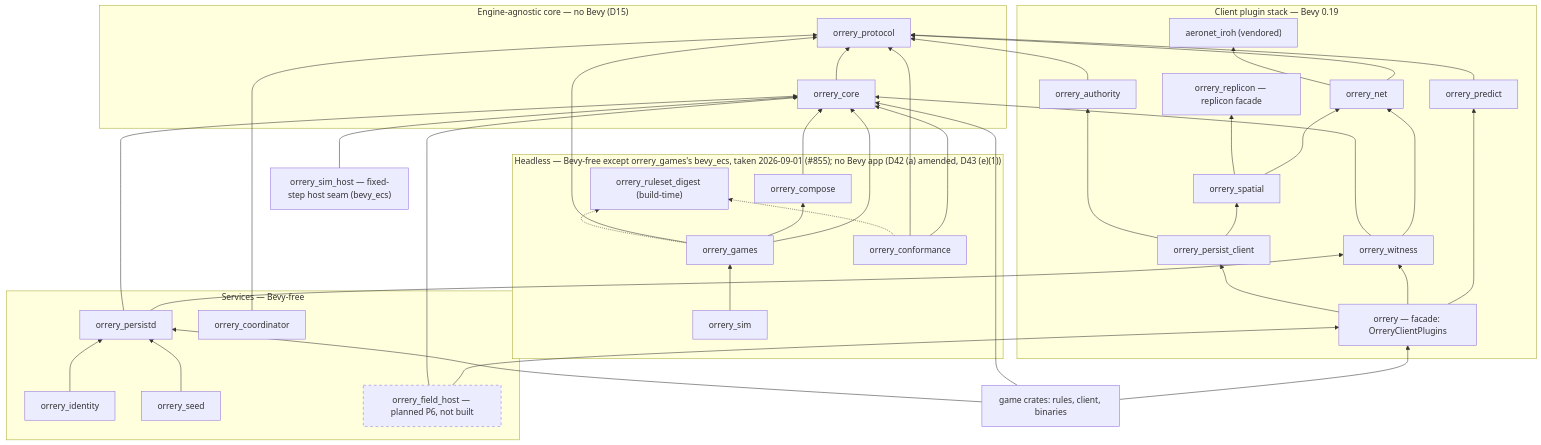
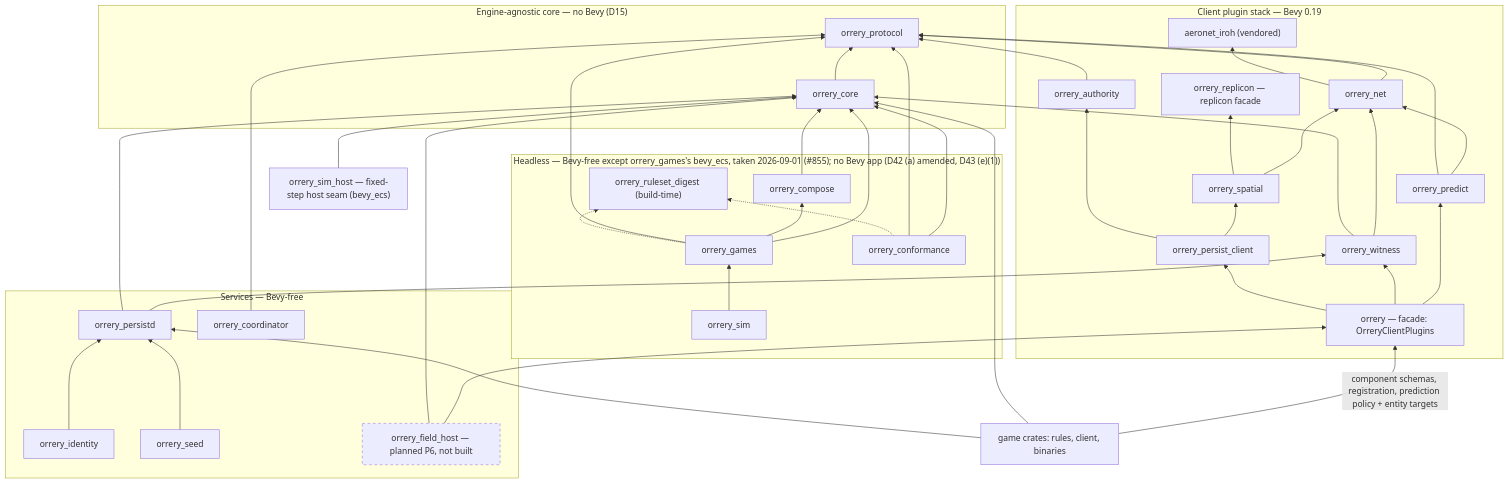
One commit to baadc0de/orrery changed the diagram in docs/10-crates.md. Above: the diagram before and after it, drawn with Mermaid. The commit also changed other lines of this file and 11 other files, not shown here.

````diff
--- a/docs/10-crates.md
+++ b/docs/10-crates.md
@@ -54,71 +54,72 @@
 ```mermaid
 graph BT
     subgraph agnostic["Engine-agnostic core — no Bevy (D15)"]
         protocol["orrery_protocol"]
         core["orrery_core"]
     end
     subgraph headless["Headless — Bevy-free except orrery_games's bevy_ecs, taken 2026-09-01 (#855); no Bevy app (D42 (a) amended, D43 (e)(1))"]
         compose["orrery_compose"]
         ruleset_digest["orrery_ruleset_digest (build-time)"]
         games["orrery_games"]
         sim["orrery_sim"]
         conf["orrery_conformance"]
     end
     subgraph client["Client plugin stack — Bevy 0.19"]
         iroh_io["aeronet_iroh (vendored)"]
         replicon["orrery_replicon — replicon facade"]
         net["orrery_net"]
         spatial["orrery_spatial"]
         authority["orrery_authority"]
         predict["orrery_predict"]
         witness["orrery_witness"]
         pclient["orrery_persist_client"]
         facade["orrery — facade: OrreryClientPlugins"]
     end
     subgraph services["Services — Bevy-free"]
         persistd["orrery_persistd"]
         coord["orrery_coordinator"]
         identity["orrery_identity"]
         seed["orrery_seed"]
         fhost["orrery_field_host — planned P6, not built"]
     end
     classDef planned stroke-dasharray: 5 5;
     class fhost planned;
     sim_host["orrery_sim_host — fixed-step host seam (bevy_ecs)"]
     game["game crates: rules, client, binaries"]
 
     core --> protocol
     compose --> core
     net --> protocol
     net --> iroh_io
     spatial --> net
     spatial --> replicon
     authority --> protocol
+    predict --> net
     predict --> protocol
     witness --> net
     witness --> core
     pclient --> spatial
     pclient --> authority
     facade --> predict
     facade --> witness
     facade --> pclient
     games --> core
     games --> compose
     games --> protocol
     conf --> core
     conf --> protocol
     sim --> games
     sim_host --> core
     seed --> persistd
     persistd --> witness
     persistd --> core
     coord --> protocol
     identity --> persistd
     fhost --> facade
     fhost --> core
-    game --> facade
+    game -- "component schemas, registration, prediction policy + entity targets" --> facade
     game --> core
     game --> persistd
     games -.-> ruleset_digest
     conf -.-> ruleset_digest
 ```
````
